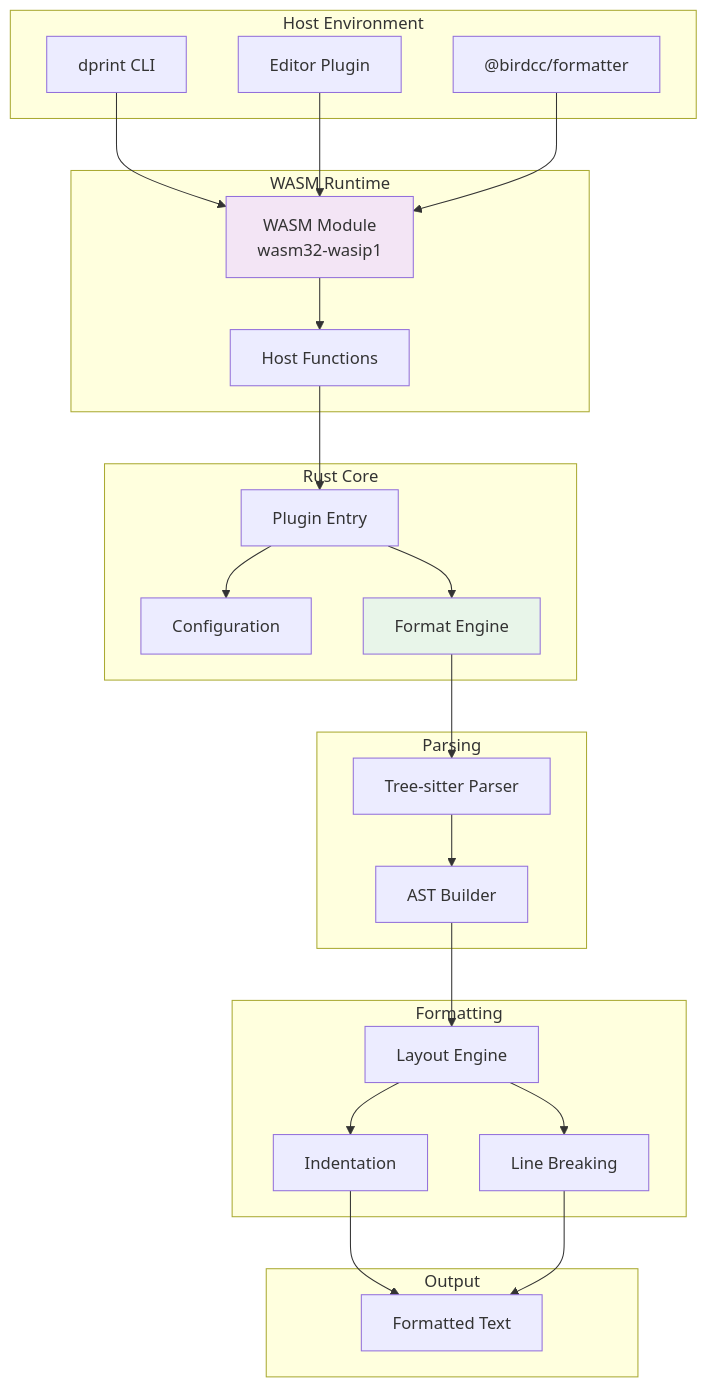
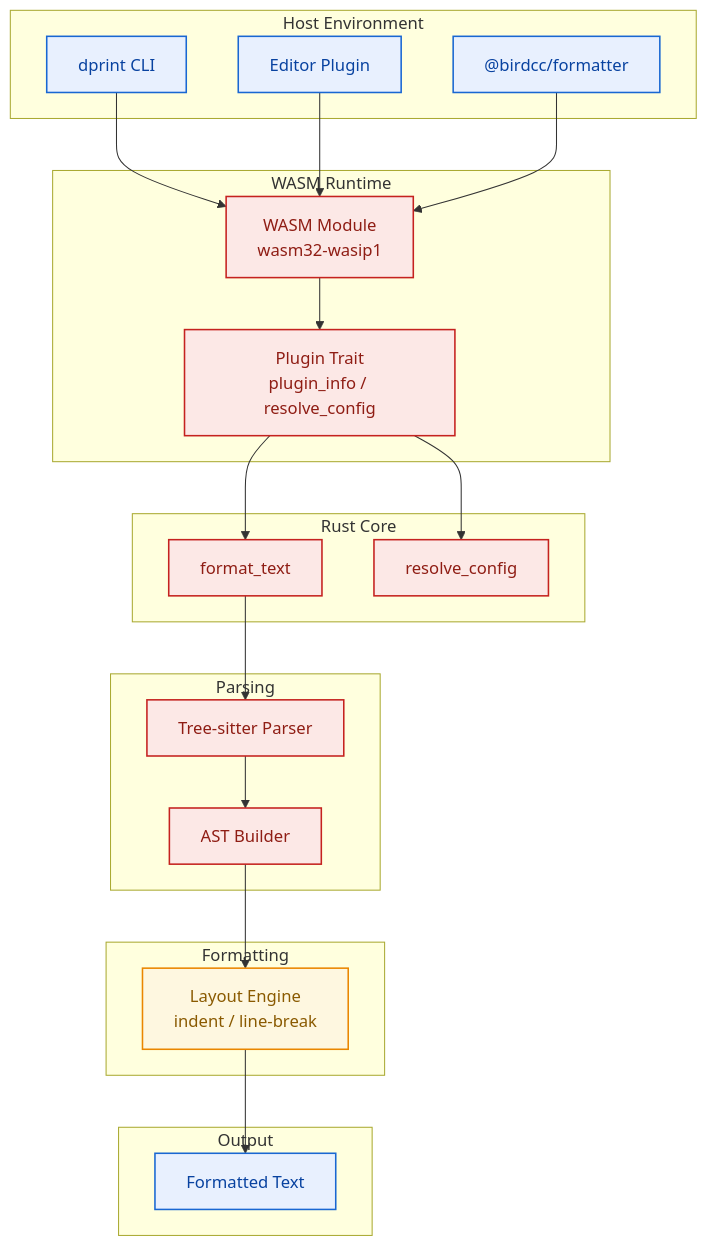
One commit to bird-chinese-community/BIRD-LSP changed the first of 3 diagrams in packages/@birdcc/dprint-plugin-bird/README.md. Above: the diagram before and after it, drawn with Mermaid. The commit also changed other lines of this file and 5 other files, not shown here.

Commit message:
docs(mermaid): Unify diagram palette and split by layer

````diff
--- a/packages/@birdcc/dprint-plugin-bird/README.md
+++ b/packages/@birdcc/dprint-plugin-bird/README.md
@@ -132,52 +132,51 @@
 ```mermaid
 flowchart TB
-    subgraph "Host Environment"
+    classDef infra fill:#fce8e6,stroke:#c5221f,stroke-width:1.5px,color:#8f1d14
+    classDef service fill:#fef7e0,stroke:#ea8600,stroke-width:1.5px,color:#8a5a00
+    classDef ui fill:#e8f0fe,stroke:#1967d2,stroke-width:1.5px,color:#0842a0
+
+    subgraph host [Host Environment]
         D1[dprint CLI]
         D2[Editor Plugin]
         D3["@birdcc/formatter"]
     end
 
-    subgraph "WASM Runtime"
+    subgraph wasm [WASM Runtime]
         WASM[WASM Module<br/>wasm32-wasip1]
-        HOST[Host Functions]
+        TRAIT[Plugin Trait<br/>plugin_info / resolve_config]
     end
 
-    subgraph "Rust Core"
-        R1[Plugin Entry]
-        R2[Configuration]
-        R3[Format Engine]
+    subgraph rust [Rust Core]
+        FORMAT[format_text]
+        CONFIG[resolve_config]
     end
 
-    subgraph "Parsing"
+    subgraph parse [Parsing]
         P1[Tree-sitter Parser]
-        P2[AST Builder]
+        AST[AST Builder]
     end
 
-    subgraph "Formatting"
-        F1[Layout Engine]
-        F2[Indentation]
-        F3[Line Breaking]
+    subgraph layout [Formatting]
+        LAYOUT[Layout Engine<br/>indent / line-break]
     end
 
-    subgraph "Output"
-        O[Formatted Text]
+    subgraph output [Output]
+        OUT[Formatted Text]
     end
 
     D1 --> WASM
     D2 --> WASM
     D3 --> WASM
-    WASM --> HOST
-    HOST --> R1
-    R1 --> R2
-    R1 --> R3
-    R3 --> P1
-    P1 --> P2
-    P2 --> F1
-    F1 --> F2
-    F1 --> F3
-    F2 --> O
-    F3 --> O
+    WASM --> TRAIT
+    TRAIT --> FORMAT
+    TRAIT --> CONFIG
+    FORMAT --> P1
+    P1 --> AST
+    AST --> LAYOUT
+    LAYOUT --> OUT
 
-    style WASM fill:#f3e5f5
-    style R3 fill:#e8f5e9
+    class D1,D2,D3 ui
+    class WASM,TRAIT,FORMAT,CONFIG,P1,AST infra
+    class LAYOUT service
+    class OUT ui
 ```
````
